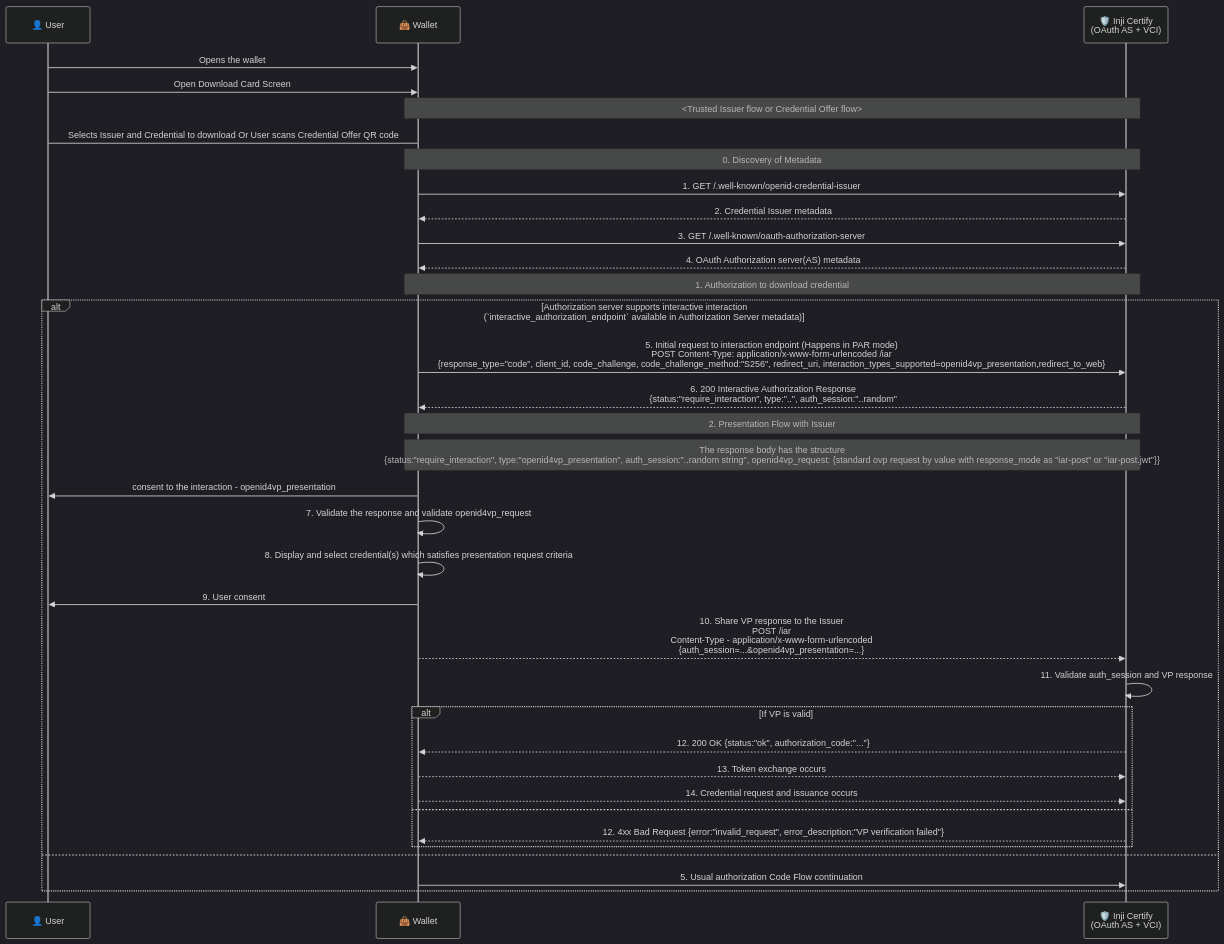
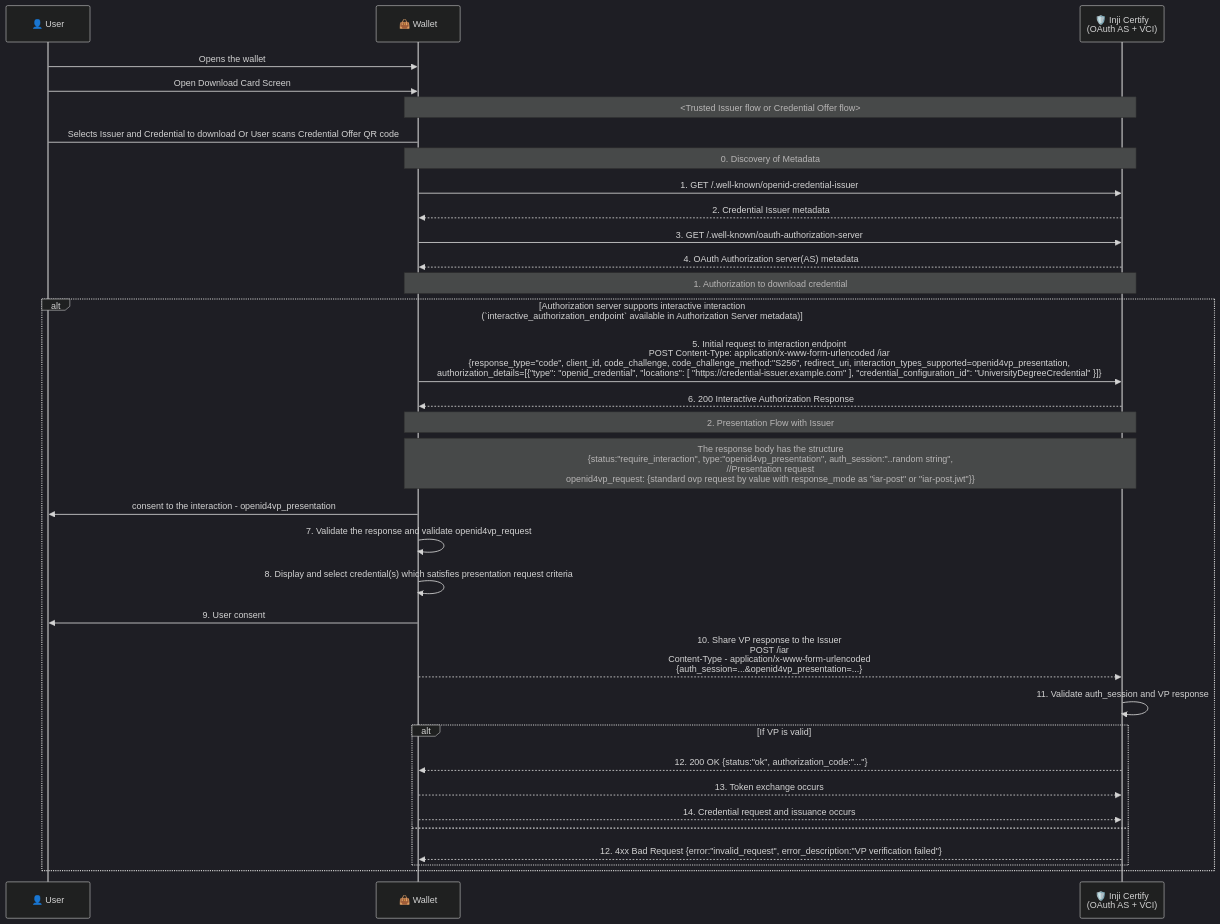
Before and after one commit to inji/inji-wallet: the first of 2 diagrams in docs/presentation-during-issuance.md, drawn with Mermaid (dark theme). The commit also changed other lines of this file, not shown here.

````diff
--- a/docs/presentation-during-issuance.md
+++ b/docs/presentation-during-issuance.md
@@ -25,38 +35,36 @@
 ```mermaid
 sequenceDiagram
     participant user as 👤 User
     participant wallet as 👜 Wallet
     participant issuer as 🛡️ Inji Certify<br/>(OAuth AS + VCI)
 
     user->>wallet: Opens the wallet
     user->>wallet: Open Download Card Screen
     Note over wallet,issuer: <Trusted Issuer flow or Credential Offer flow>
     user->wallet: Selects Issuer and Credential to download Or User scans Credential Offer QR code
     Note over wallet,issuer: 0. Discovery of Metadata
     wallet->>issuer: 1. GET /.well-known/openid-credential-issuer
     issuer-->>wallet: 2. Credential Issuer metadata
     wallet->>issuer: 3. GET /.well-known/oauth-authorization-server
     issuer-->>wallet: 4. OAuth Authorization server(AS) metadata
     Note over wallet,issuer: 1. Authorization to download credential
     alt Authorization server supports interactive interaction <br/>(`interactive_authorization_endpoint` available in Authorization Server metadata)
-        wallet->>issuer: 5. Initial request to interaction endpoint (Happens in PAR mode)<br/>POST Content-Type: application/x-www-form-urlencoded /iar<br/>{response_type="code", client_id, code_challenge, code_challenge_method:"S256", redirect_uri, interaction_types_supported=openid4vp_presentation,redirect_to_web}
-        issuer-->>wallet: 6. 200 Interactive Authorization Response<br/>{status:"require_interaction", type:"..", auth_session:"..random"
+        wallet->>issuer: 5. Initial request to interaction endpoint <br/>POST Content-Type: application/x-www-form-urlencoded /iar<br/>{response_type="code", client_id, code_challenge, code_challenge_method:"S256", redirect_uri, interaction_types_supported=openid4vp_presentation, <br/>authorization_details=[{"type": "openid_credential", "locations": [ "https://credential-issuer.example.com" ], "credential_configuration_id": "UniversityDegreeCredential" }]}
+        issuer-->>wallet: 6. 200 Interactive Authorization Response
         Note over wallet,issuer: 2. Presentation Flow with Issuer
-        Note over wallet, issuer: The response body has the structure<br/>{status:"require_interaction", type:"openid4vp_presentation", auth_session:"..random string", openid4vp_request: {standard ovp request by value with response_mode as "iar-post" or "iar-post.jwt"}}
+        Note over wallet, issuer: The response body has the structure<br/>{status:"require_interaction", type:"openid4vp_presentation", auth_session:"..random string",<br/>//Presentation request<br/>openid4vp_request: {standard ovp request by value with response_mode as "iar-post" or "iar-post.jwt"}}
         wallet ->> user : consent to the interaction - openid4vp_presentation
         wallet->>wallet: 7. Validate the response and validate openid4vp_request
         wallet->>wallet: 8. Display and select credential(s) which satisfies presentation request criteria
         wallet->>user: 9. User consent
         wallet-->>issuer: 10. Share VP response to the Issuer <br/>POST /iar<br/>Content-Type - application/x-www-form-urlencoded<br/>{auth_session=...&openid4vp_presentation=...}
         issuer->>issuer: 11. Validate auth_session and VP response
         alt If VP is valid
             issuer-->>wallet: 12. 200 OK {status:"ok", authorization_code:"..."}
             wallet-->>issuer: 13. Token exchange occurs
             wallet-->>issuer: 14. Credential request and issuance occurs
         else
             issuer-->>wallet: 12. 4xx Bad Request {error:"invalid_request", error_description:"VP verification failed"}
         end
-    else
-        wallet->>issuer: 5. Usual authorization Code Flow continuation
     end
 ```
````
